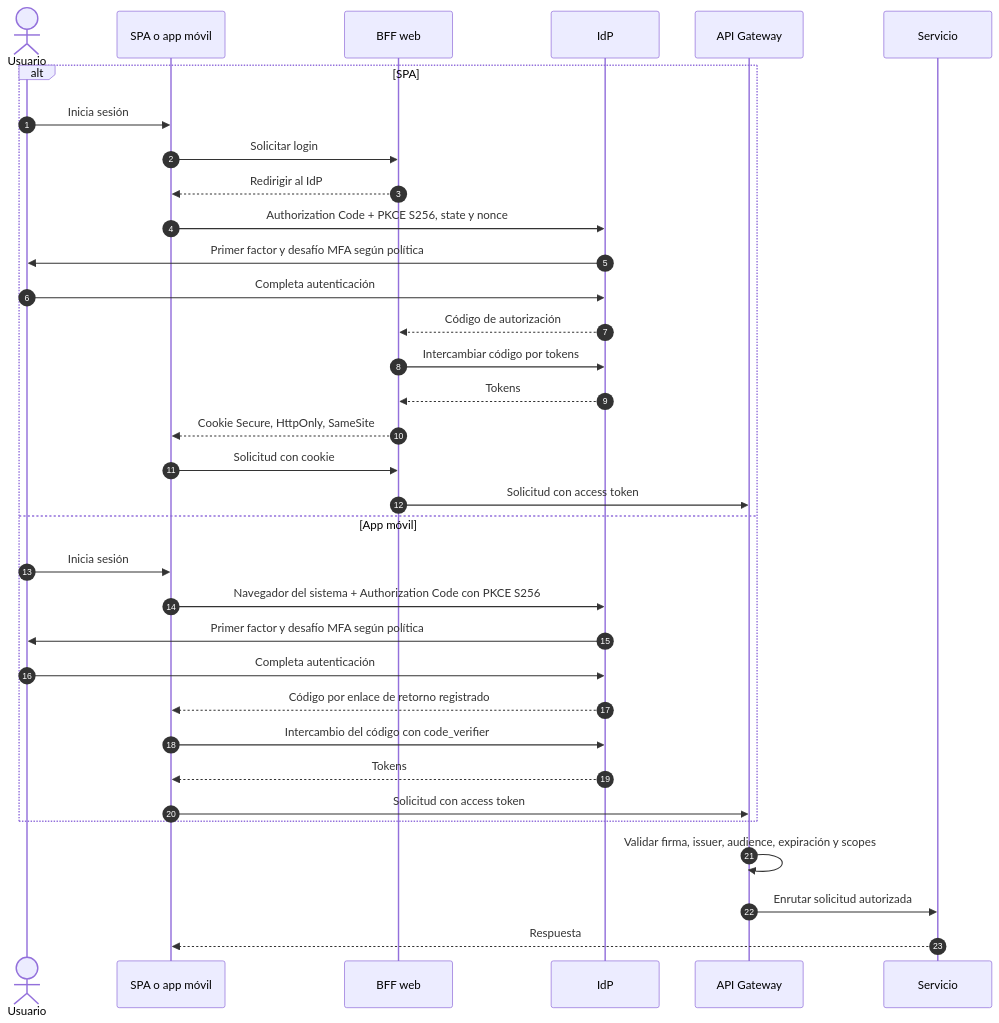
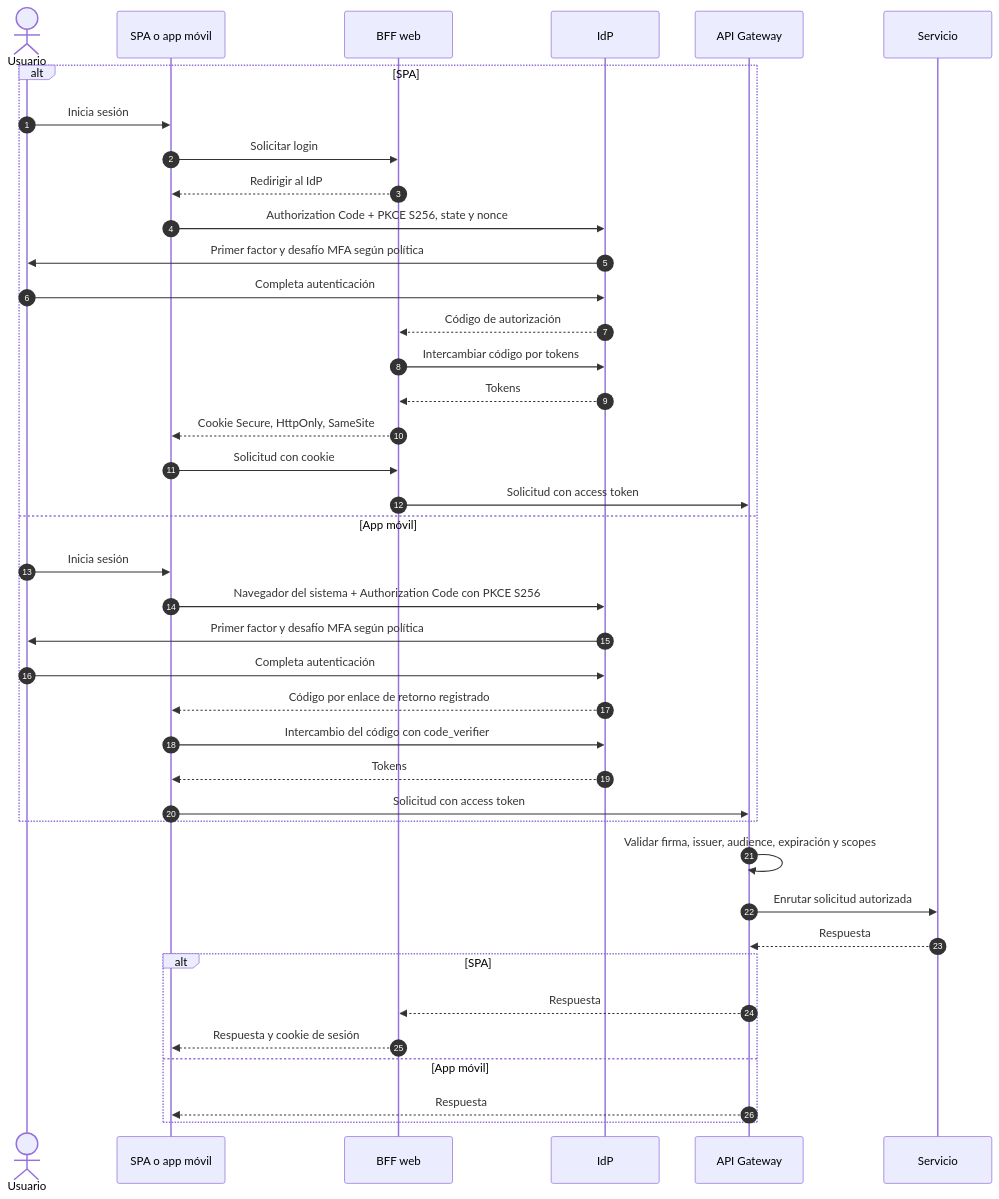
One commit to LeirBaGMC/bp-arquitectura-banca-digital changed the fourth of 7 diagrams in docs/arquitectura.md. Above: the diagram before and after it, drawn with Mermaid. The commit also changed other lines of this file and 147 other files, not shown here.

Commit message:
Complete MVP audit and architecture report

````diff
--- a/docs/arquitectura.md
+++ b/docs/arquitectura.md
@@ -159,36 +180,42 @@
 ```mermaid
 sequenceDiagram
     autonumber
     actor U as Usuario
     participant C as SPA o app móvil
     participant B as BFF web
     participant I as IdP
     participant G as API Gateway
     participant S as Servicio
     alt SPA
         U->>C: Inicia sesión
         C->>B: Solicitar login
         B-->>C: Redirigir al IdP
         C->>I: Authorization Code + PKCE S256, state y nonce
         I->>U: Primer factor y desafío MFA según política
         U->>I: Completa autenticación
         I-->>B: Código de autorización
         B->>I: Intercambiar código por tokens
         I-->>B: Tokens
         B-->>C: Cookie Secure, HttpOnly, SameSite
         C->>B: Solicitud con cookie
         B->>G: Solicitud con access token
     else App móvil
         U->>C: Inicia sesión
         C->>I: Navegador del sistema + Authorization Code con PKCE S256
         I->>U: Primer factor y desafío MFA según política
         U->>I: Completa autenticación
         I-->>C: Código por enlace de retorno registrado
         C->>I: Intercambio del código con code_verifier
         I-->>C: Tokens
         C->>G: Solicitud con access token
     end
     G->>G: Validar firma, issuer, audience, expiración y scopes
     G->>S: Enrutar solicitud autorizada
-    S-->>C: Respuesta
+    S-->>G: Respuesta
+    alt SPA
+        G-->>B: Respuesta
+        B-->>C: Respuesta y cookie de sesión
+    else App móvil
+        G-->>C: Respuesta
+    end
 ```
````
